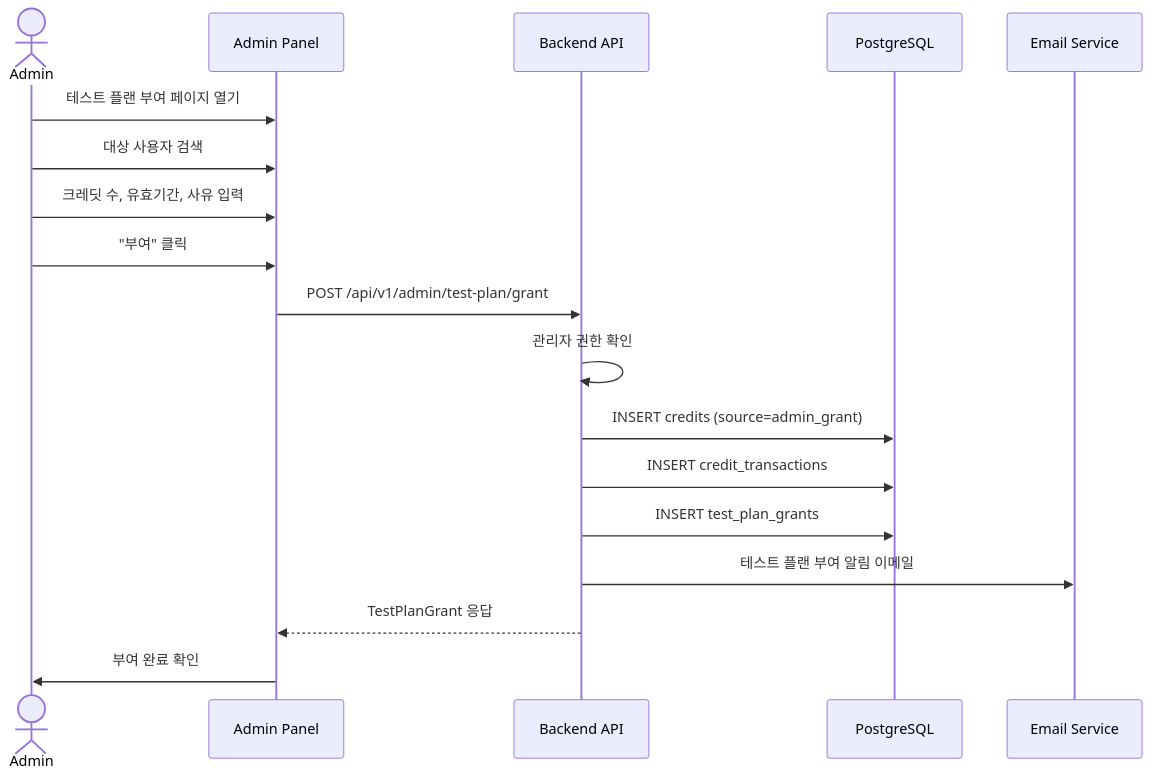
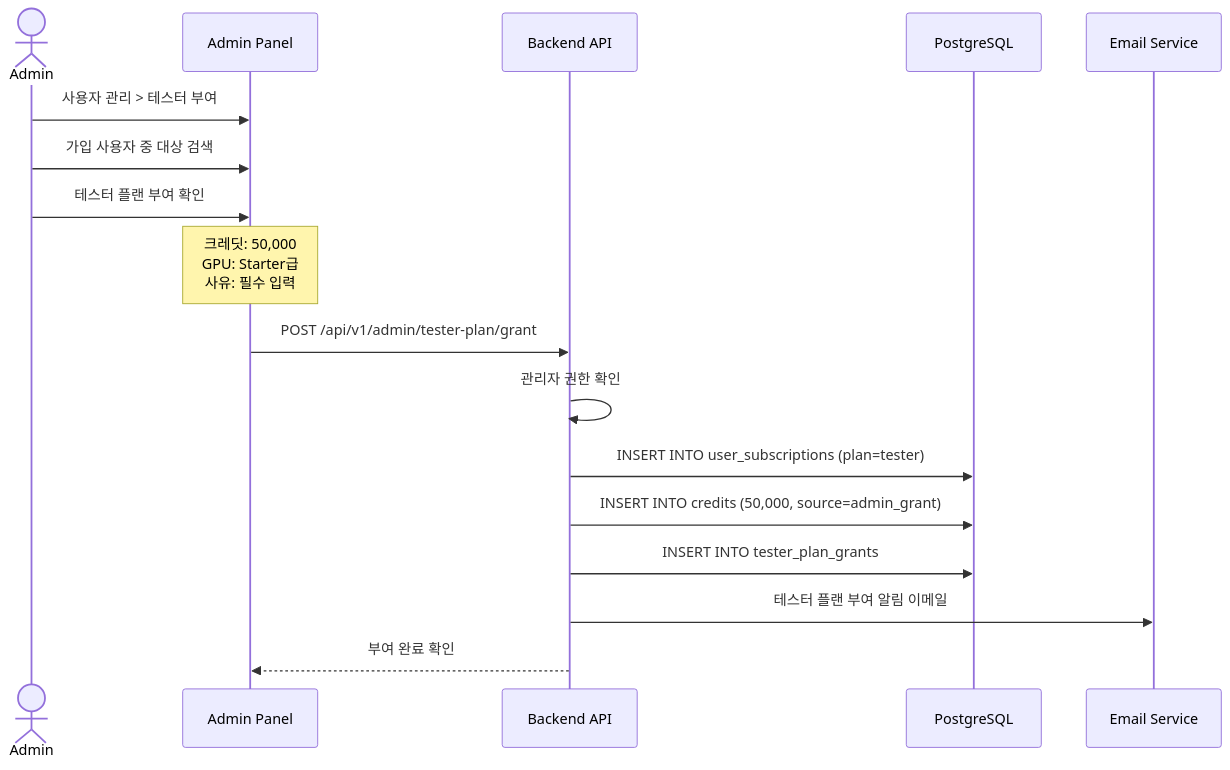
One commit to Pinksea-AI/InvokeAI changed the sixth of 11 diagrams in docs/saas-analysis/05_SUBSCRIPTION_BILLING_SYSTEM.md. Above: the diagram before and after it, drawn with Mermaid. The commit also changed other lines of this file and 6 other files, not shown here.

````diff
--- a/docs/saas-analysis/05_SUBSCRIPTION_BILLING_SYSTEM.md
+++ b/docs/saas-analysis/05_SUBSCRIPTION_BILLING_SYSTEM.md
@@ -365,23 +444,21 @@
 ```mermaid
 sequenceDiagram
     actor Admin
     participant AdminUI as Admin Panel
     participant API as Backend API
     participant DB as PostgreSQL
     participant Email as Email Service
 
-    Admin->>AdminUI: 테스트 플랜 부여 페이지 열기
-    Admin->>AdminUI: 대상 사용자 검색
-    Admin->>AdminUI: 크레딧 수, 유효기간, 사유 입력
-    Admin->>AdminUI: "부여" 클릭
+    Admin->>AdminUI: 사용자 관리 > 테스터 부여
+    Admin->>AdminUI: 가입 사용자 중 대상 검색
+    Admin->>AdminUI: 테스터 플랜 부여 확인
+    Note over AdminUI: 크레딧: 50,000<br/>GPU: Starter급<br/>사유: 필수 입력
 
-    AdminUI->>API: POST /api/v1/admin/test-plan/grant
+    AdminUI->>API: POST /api/v1/admin/tester-plan/grant
     API->>API: 관리자 권한 확인
-    API->>DB: INSERT credits (source=admin_grant)
-    API->>DB: INSERT credit_transactions
-    API->>DB: INSERT test_plan_grants
-    API->>Email: 테스트 플랜 부여 알림 이메일
-    API-->>AdminUI: TestPlanGrant 응답
-
-    AdminUI->>Admin: 부여 완료 확인
+    API->>DB: INSERT INTO user_subscriptions (plan=tester)
+    API->>DB: INSERT INTO credits (50,000, source=admin_grant)
+    API->>DB: INSERT INTO tester_plan_grants
+    API->>Email: 테스터 플랜 부여 알림 이메일
+    API-->>AdminUI: 부여 완료 확인
 ```
````
